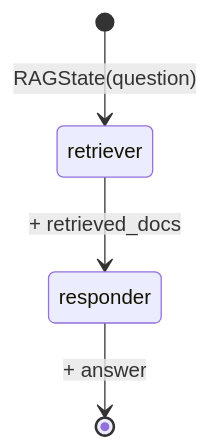
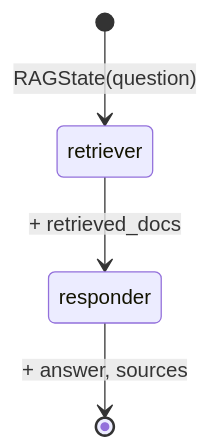
Before and after one commit to AdithyaHrudai/rag1: the fourth of 5 diagrams in README.md, drawn with Mermaid. The commit also changed other lines of this file, not shown here.

````diff
--- a/README.md
+++ b/README.md
@@ -146,6 +169,6 @@
 ```mermaid
 stateDiagram-v2
     [*] --> retriever: RAGState(question)
     retriever --> responder: + retrieved_docs
-    responder --> [*]: + answer
+    responder --> [*]: + answer, sources
 ```
````
